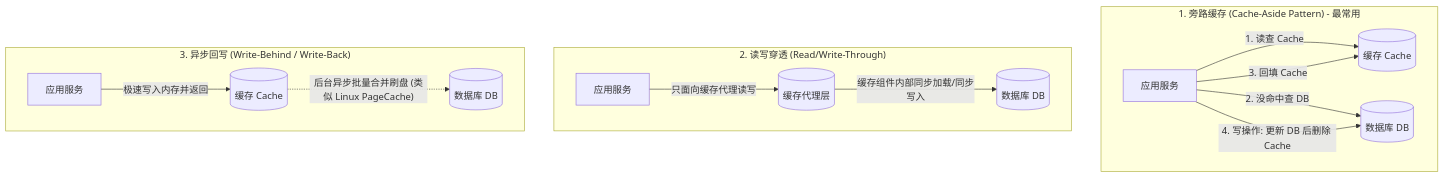
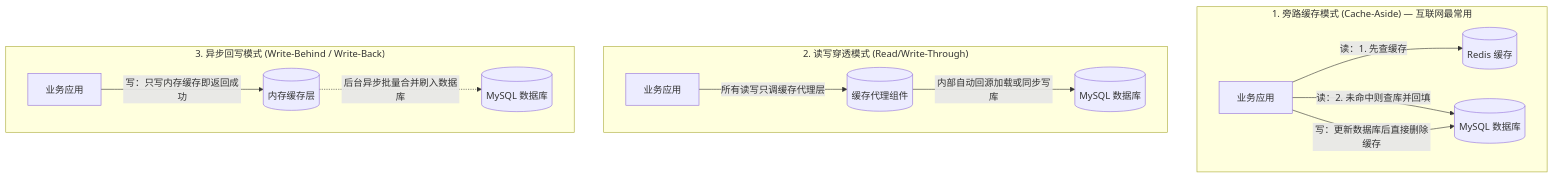
The first of 4 diagrams in 20-Java后端/08-系统设计/03-缓存架构设计.md (GuoWWWX/knowledge-base), drawn with Mermaid before and after one commit. The commit also changed other lines of this file and 251 other files, not shown here.

````diff
--- a/20-Java后端/08-系统设计/03-缓存架构设计.md
+++ b/20-Java后端/08-系统设计/03-缓存架构设计.md
@@ -44,19 +46,18 @@
 ```mermaid
 flowchart TD
-    subgraph Pattern1["1. 旁路缓存 (Cache-Aside Pattern) - 最常用"]
-        App1["应用服务"] -->|"1. 读查 Cache"| Cache1[("缓存 Cache")]
-        App1 -->|"2. 没命中查 DB"| DB1[("数据库 DB")]
-        App1 -->|"3. 回填 Cache"| Cache1
-        App1 -->|"4. 写操作: 更新 DB 后删除 Cache"| DB1
+    subgraph Pattern1["1. 旁路缓存模式 (Cache-Aside) — 互联网最常用"]
+        App1["业务应用"] -->|"读：1. 先查缓存"| Cache1[("Redis 缓存")]
+        App1 -->|"读：2. 未命中则查库并回填"| DB1[("MySQL 数据库")]
+        App1 -->|"写：更新数据库后直接删除缓存"| DB1
     end
 
-    subgraph Pattern2["2. 读写穿透 (Read/Write-Through)"]
-        App2["应用服务"] -->|"只面向缓存代理读写"| Cache2[("缓存代理层")]
-        Cache2 -->|"缓存组件内部同步加载/同步写入"| DB2[("数据库 DB")]
+    subgraph Pattern2["2. 读写穿透模式 (Read/Write-Through)"]
+        App2["业务应用"] -->|"所有读写只调缓存代理层"| Cache2[("缓存代理组件")]
+        Cache2 -->|"内部自动回源加载或同步写库"| DB2[("MySQL 数据库")]
     end
 
-    subgraph Pattern3["3. 异步回写 (Write-Behind / Write-Back)"]
-        App3["应用服务"] -->|"极速写入内存并返回"| Cache3[("缓存 Cache")]
-        Cache3 -.->|"后台异步批量合并刷盘 (类似 Linux PageCache)"| DB3[("数据库 DB")]
+    subgraph Pattern3["3. 异步回写模式 (Write-Behind / Write-Back)"]
+        App3["业务应用"] -->|"写：只写内存缓存即返回成功"| Cache3[("内存缓存层")]
+        Cache3 -.->|"后台异步批量合并刷入数据库"| DB3[("MySQL 数据库")]
     end
 ```
````
